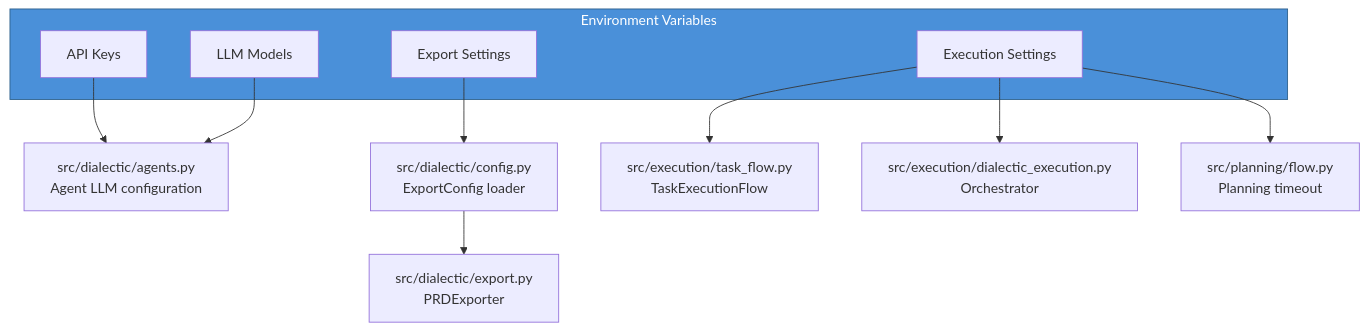
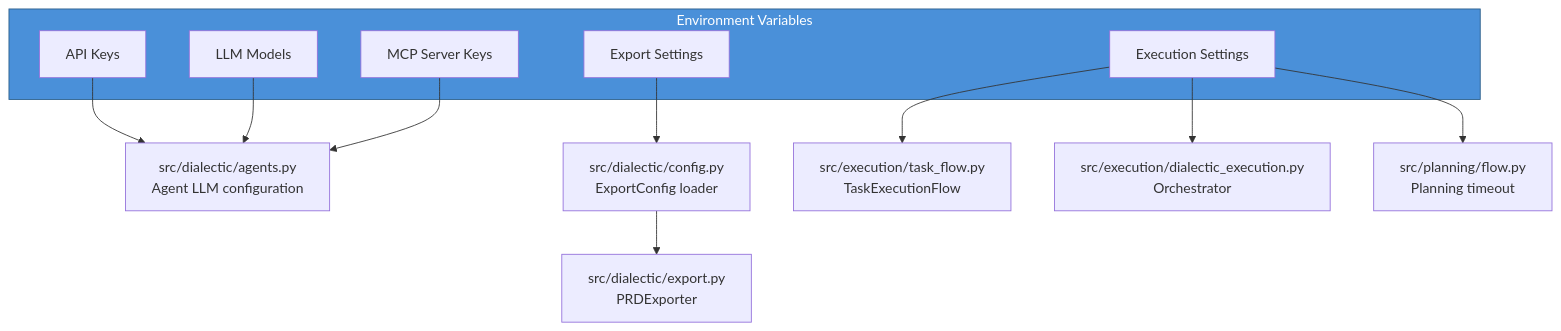
Before and after one commit to darthlinuxer/dialectic-crew-ai: the fourth of 4 diagrams in docs/configuration.md, drawn with Mermaid. The commit also changed other lines of this file and 7 other files, not shown here.

````diff
--- a/docs/configuration.md
+++ b/docs/configuration.md
@@ -138,19 +157,21 @@
 ```mermaid
 flowchart TD
     subgraph ENV["Environment Variables"]
         API["API Keys"]
         LLM["LLM Models"]
         EXPORT["Export Settings"]
         EXEC["Execution Settings"]
+        MCP_KEYS["MCP Server Keys"]
     end
 
     API --> AGENTS["src/dialectic/agents.py<br/>Agent LLM configuration"]
     LLM --> AGENTS
+    MCP_KEYS --> AGENTS
     EXPORT --> CONFIG_MOD["src/dialectic/config.py<br/>ExportConfig loader"]
     CONFIG_MOD --> EXPORTER["src/dialectic/export.py<br/>PRDExporter"]
     EXEC --> TASK_FLOW["src/execution/task_flow.py<br/>TaskExecutionFlow"]
     EXEC --> DIAL_EXEC["src/execution/dialectic_execution.py<br/>Orchestrator"]
     EXEC --> PLAN_FLOW["src/planning/flow.py<br/>Planning timeout"]
 
     style ENV fill:#4A90D9,stroke:#2C5F8A,color:#fff
 ```
````
